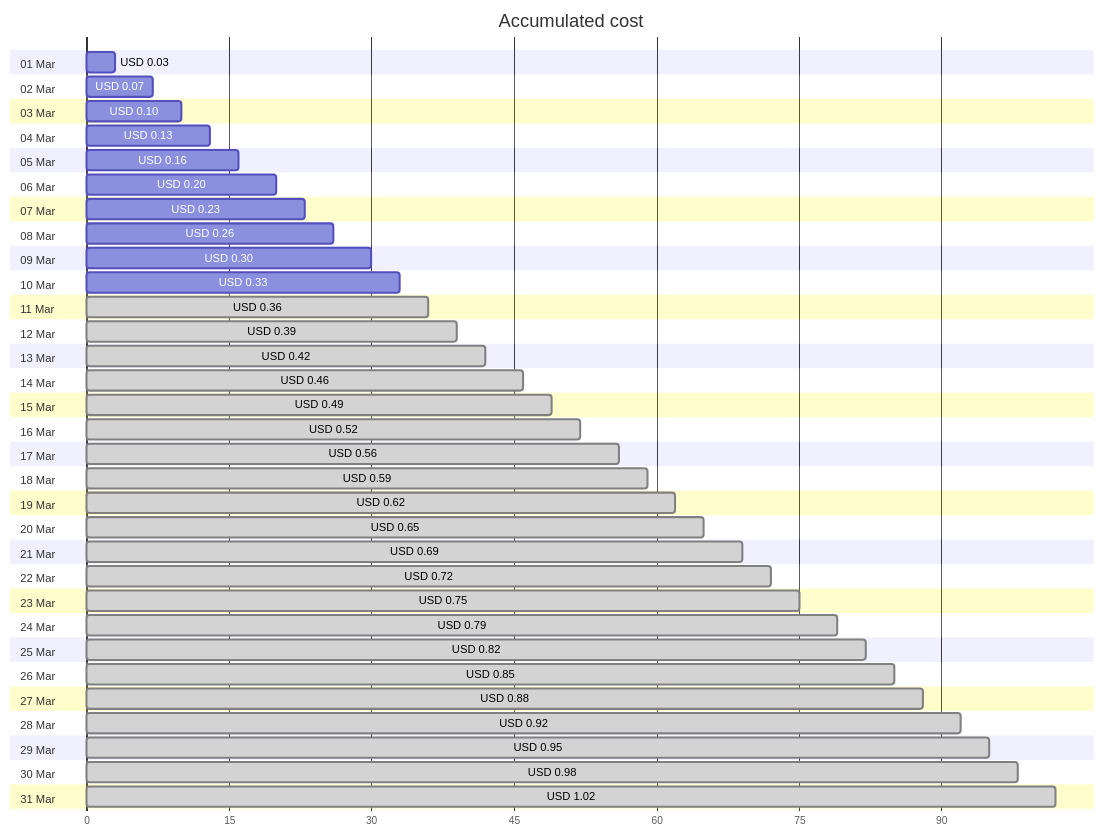
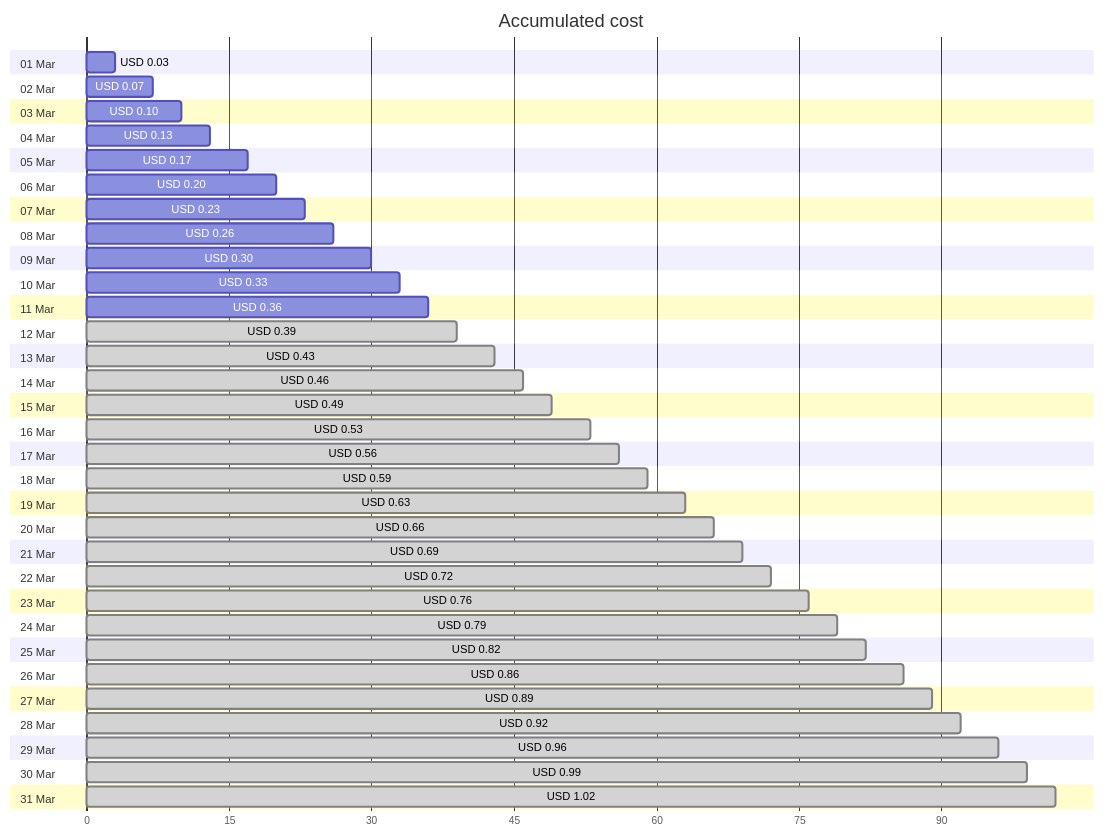
One commit to jpfulton/azure-personal-reports changed the first of 4 diagrams in cost-reports/personal-dns/README.md. Above: the diagram before and after it, drawn with Mermaid. The commit also changed other lines of this file and 2 other files, not shown here.

Commit message:
Generated reports [skip ci]

````diff
--- a/cost-reports/personal-dns/README.md
+++ b/cost-reports/personal-dns/README.md
@@ -20,68 +20,68 @@
 ```mermaid
 gantt
    title Accumulated cost
    dateFormat  X
    axisFormat %s
    section 01 Mar
    USD 0.03 :0, 3
    section 02 Mar
    USD 0.07 :0, 7
    section 03 Mar
    USD 0.10 :0, 10
    section 04 Mar
    USD 0.13 :0, 13
    section 05 Mar
-   USD 0.16 :0, 16
+   USD 0.17 :0, 17
    section 06 Mar
    USD 0.20 :0, 20
    section 07 Mar
    USD 0.23 :0, 23
    section 08 Mar
    USD 0.26 :0, 26
    section 09 Mar
    USD 0.30 :0, 30
    section 10 Mar
    USD 0.33 :0, 33
    section 11 Mar
-   USD 0.36 : done, 0, 36
+   USD 0.36 :0, 36
    section 12 Mar
    USD 0.39 : done, 0, 39
    section 13 Mar
-   USD 0.42 : done, 0, 42
+   USD 0.43 : done, 0, 43
    section 14 Mar
    USD 0.46 : done, 0, 46
    section 15 Mar
    USD 0.49 : done, 0, 49
    section 16 Mar
-   USD 0.52 : done, 0, 52
+   USD 0.53 : done, 0, 53
    section 17 Mar
    USD 0.56 : done, 0, 56
    section 18 Mar
    USD 0.59 : done, 0, 59
    section 19 Mar
-   USD 0.62 : done, 0, 62
+   USD 0.63 : done, 0, 63
    section 20 Mar
-   USD 0.65 : done, 0, 65
+   USD 0.66 : done, 0, 66
    section 21 Mar
    USD 0.69 : done, 0, 69
    section 22 Mar
    USD 0.72 : done, 0, 72
    section 23 Mar
-   USD 0.75 : done, 0, 75
+   USD 0.76 : done, 0, 76
    section 24 Mar
    USD 0.79 : done, 0, 79
    section 25 Mar
    USD 0.82 : done, 0, 82
    section 26 Mar
-   USD 0.85 : done, 0, 85
+   USD 0.86 : done, 0, 86
    section 27 Mar
-   USD 0.88 : done, 0, 88
+   USD 0.89 : done, 0, 89
    section 28 Mar
    USD 0.92 : done, 0, 92
    section 29 Mar
-   USD 0.95 : done, 0, 95
+   USD 0.96 : done, 0, 96
    section 30 Mar
-   USD 0.98 : done, 0, 98
+   USD 0.99 : done, 0, 99
    section 31 Mar
    USD 1.02 : done, 0, 102
 ```
````
